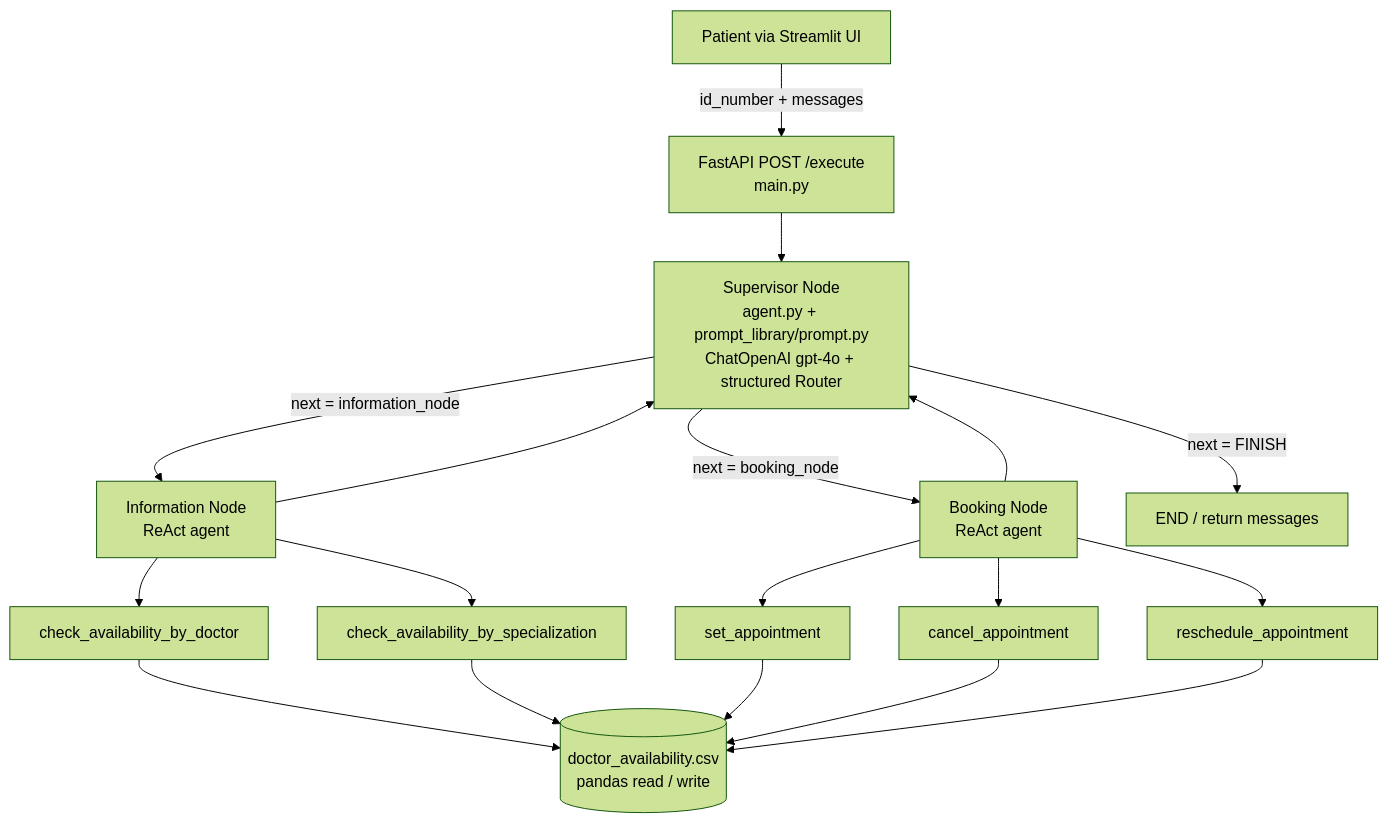
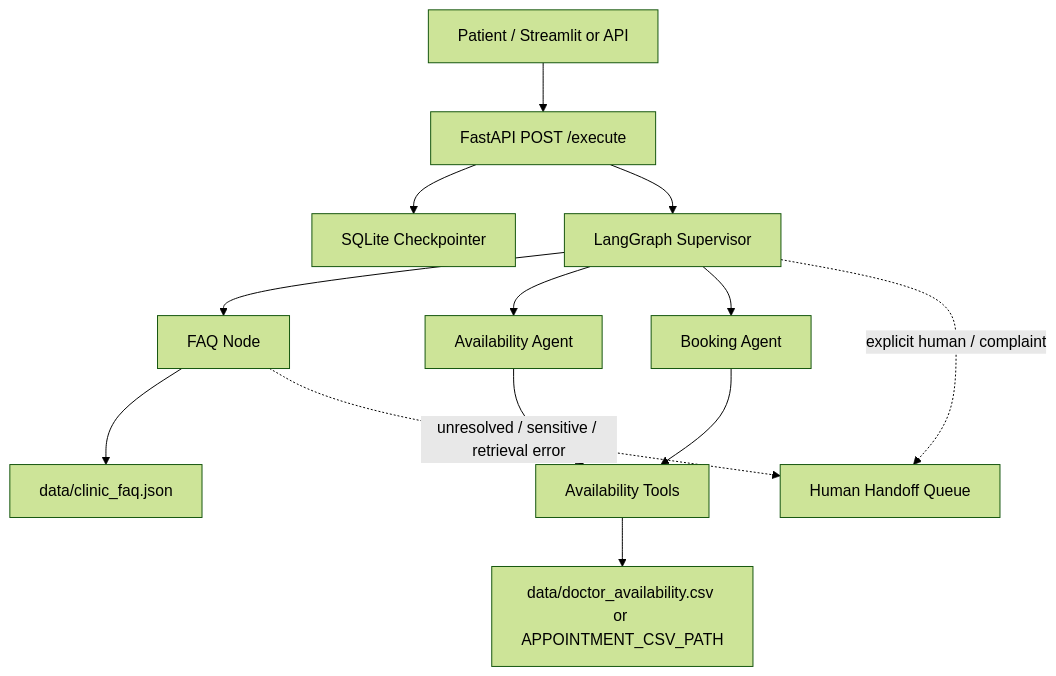
One commit to moamedmer68-commits/clinic-ai-customer-service changed the diagram in README.md. Above: the diagram before and after it, drawn with Mermaid (forest theme). The commit also changed other lines of this file and 16 other files, not shown here.

Commit message:
feat: implement semantic RAG and human handoff prototype

````diff
--- a/README.md
+++ b/README.md
@@ -42,18 +48,15 @@
 ```mermaid
 flowchart TD
-    User[Patient via Streamlit UI] -->|id_number + messages| API[FastAPI POST /execute<br/>main.py]
-    API --> Supervisor[Supervisor Node<br/>agent.py + prompt_library/prompt.py<br/>ChatOpenAI gpt-4o + structured Router]
-    Supervisor -->|next = information_node| Info[Information Node<br/>ReAct agent]
-    Supervisor -->|next = booking_node| Book[Booking Node<br/>ReAct agent]
-    Supervisor -->|next = FINISH| End[END / return messages]
-
-    Info --> T1[check_availability_by_doctor]
-    Info --> T2[check_availability_by_specialization]
-    Book --> T3[set_appointment]
-    Book --> T4[cancel_appointment]
-    Book --> T5[reschedule_appointment]
-
-    T1 & T2 & T3 & T4 & T5 --> CSV[(doctor_availability.csv<br/>pandas read / write)]
-    Info --> Supervisor
-    Book --> Supervisor
+    User[Patient / Streamlit or API] --> API[FastAPI POST /execute]
+    API --> Memory[SQLite Checkpointer]
+    API --> Supervisor[LangGraph Supervisor]
+    Supervisor --> FAQ[FAQ Node]
+    Supervisor --> Info[Availability Agent]
+    Supervisor --> Booking[Booking Agent]
+    FAQ --> KB[data/clinic_faq.json]
+    Info --> Tools[Availability Tools]
+    Booking --> Tools
+    Tools --> CSV[data/doctor_availability.csv or APPOINTMENT_CSV_PATH]
+    Supervisor -. explicit human / complaint .-> Handoff[Human Handoff Queue]
+    FAQ -. unresolved / sensitive / retrieval error .-> Handoff
 ```
````
